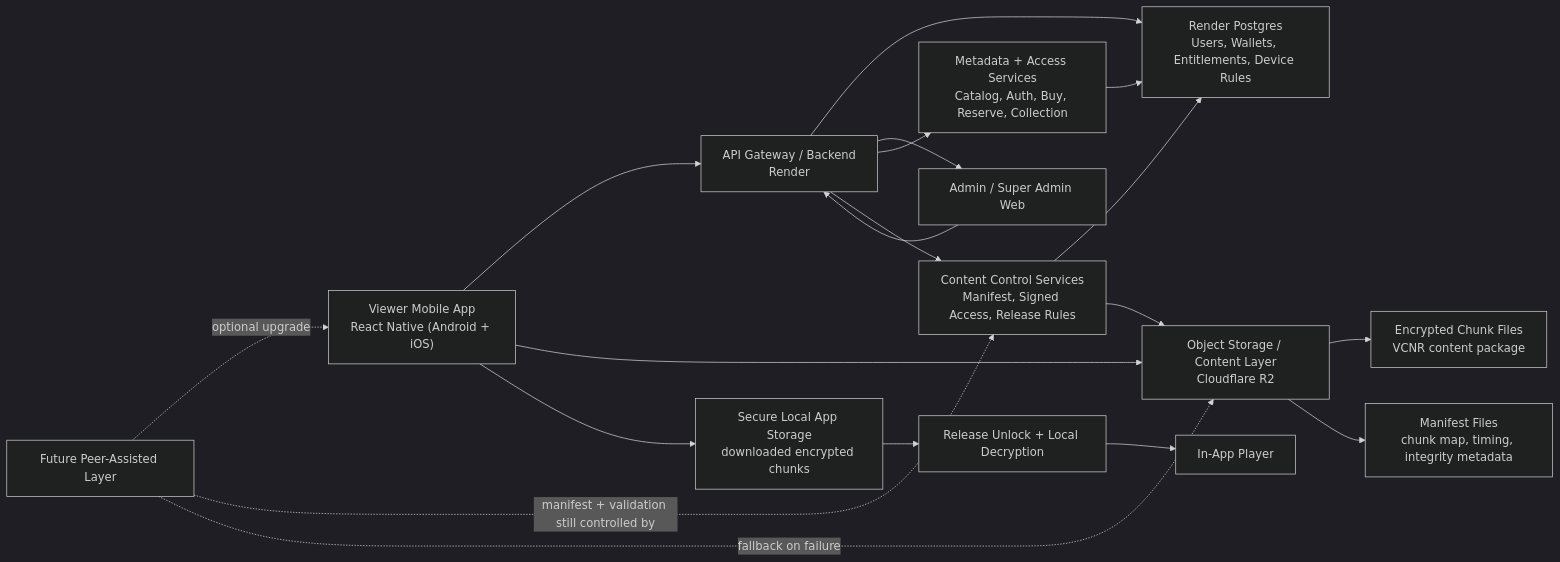
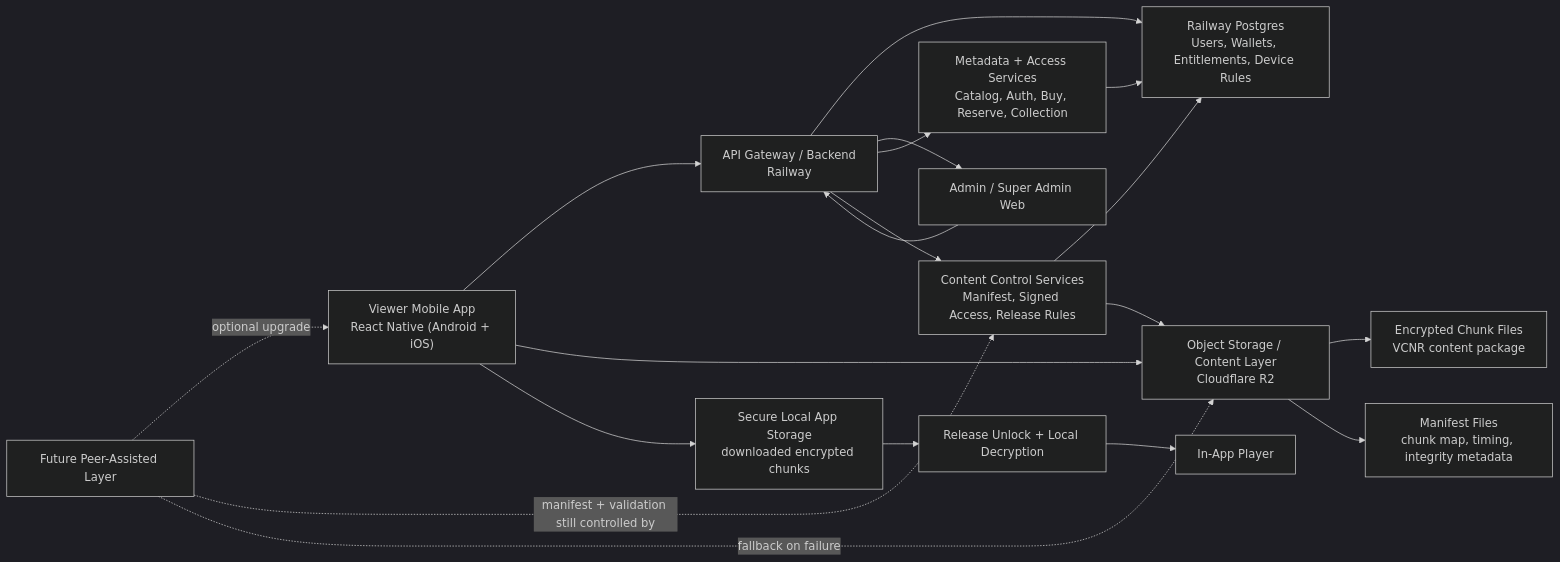
One commit to kakgit/VCNR_Web changed the diagram in PRODUCTION_MOBILE_ARCHITECTURE.md. Above: the diagram before and after it, drawn with Mermaid (dark theme). The commit also changed other lines of this file and 8 other files, not shown here.

````diff
--- a/PRODUCTION_MOBILE_ARCHITECTURE.md
+++ b/PRODUCTION_MOBILE_ARCHITECTURE.md
@@ -41,27 +41,27 @@
 ```mermaid
 flowchart LR
-    A["Viewer Mobile App<br/>React Native (Android + iOS)"] --> B["API Gateway / Backend<br/>Render"]
+    A["Viewer Mobile App<br/>React Native (Android + iOS)"] --> B["API Gateway / Backend<br/>Railway"]
     A --> C["Object Storage / Content Layer<br/>Cloudflare R2"]
 
-    B --> D["Render Postgres<br/>Users, Wallets, Entitlements, Device Rules"]
+    B --> D["Railway Postgres<br/>Users, Wallets, Entitlements, Device Rules"]
     B --> E["Admin / Super Admin Web"]
     E --> B
 
     B --> F["Metadata + Access Services<br/>Catalog, Auth, Buy, Reserve, Collection"]
     F --> D
 
     B --> G["Content Control Services<br/>Manifest, Signed Access, Release Rules"]
     G --> D
     G --> C
 
     C --> H["Encrypted Chunk Files<br/>VCNR content package"]
     C --> I["Manifest Files<br/>chunk map, timing, integrity metadata"]
 
     A --> J["Secure Local App Storage<br/>downloaded encrypted chunks"]
     J --> K["Release Unlock + Local Decryption"]
     K --> L["In-App Player"]
 
     M["Future Peer-Assisted Layer"] -. optional upgrade .-> A
     M -. manifest + validation still controlled by .-> G
     M -. fallback on failure .-> C
 ```
````
